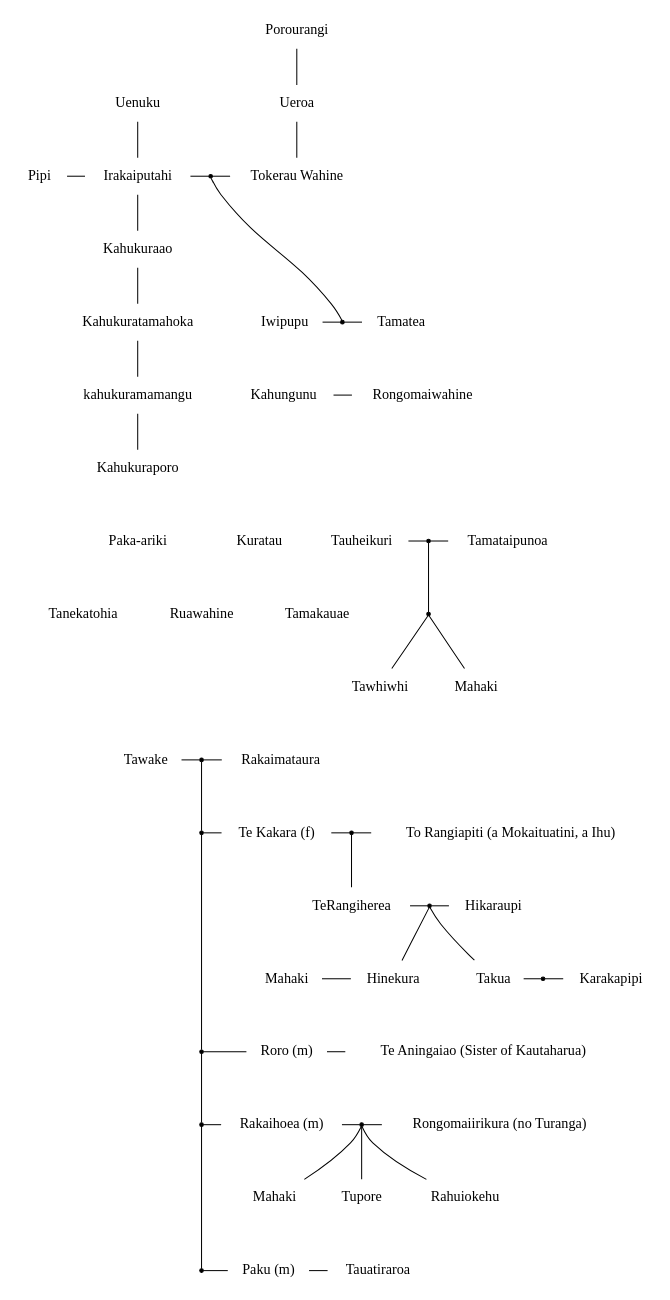
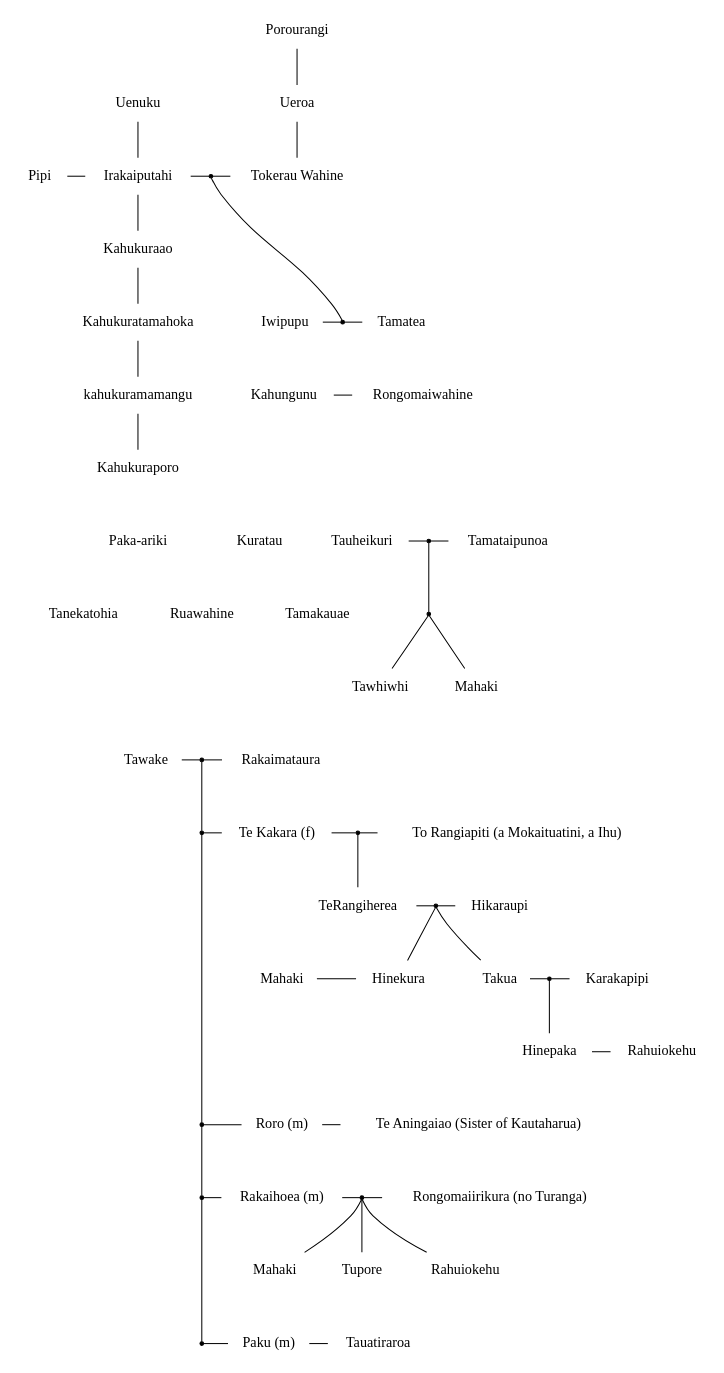
The diagram in Ina te whakapapa hei whakamarama - Diagram 1.dot (namelessmasses/whakapapa), drawn with Graphviz before and after one commit.

Commit message:
Ina te whakapapa hei whakamarama - add Hinepaka

```diff
--- a/Ina te whakapapa hei whakamarama - Diagram 1.dot
+++ b/Ina te whakapapa hei whakamarama - Diagram 1.dot
@@ -23,7 +23,7 @@
     Kahukuratamahoka -- kahukuramamangu;
     kahukuramamangu -- Kahukuraporo;
 
-    Pipi -- Irakaiputahi;
+    Pipi -- Irakaiputahi[];
 
     Iwipupu;
     Tamatea;
@@ -137,6 +137,13 @@
     Takua_Karakapipi [shape=point, label=""];
     Takua -- Takua_Karakapipi -- Karakapipi;
 
+    Hinepaka;
+    Takua_Karakapipi -- Hinepaka;
+    Rahuiokehu_0 [label="Rahuiokehu"];
+    Hinepaka -- Rahuiokehu_0;
+
+    { rank=same; Hinepaka, Rahuiokehu_0 };
+
     Mahaki_1 [label="Mahaki"];
     Mahaki_1 -- Hinekura;
     Hinekura -- Takua [style=invis];
@@ -158,7 +165,7 @@
 
     TeKakara -- Mahaki_1 [style=invis,minlen=2];
 
-    Mahaki_1 -- Roro [style=invis];
+    Mahaki_1 -- Roro [style=invis,minlen=2];
 
     Rakaihoea_row [shape=point, label=""];
     Roro_row -- Rakaihoea_row;
@@ -173,13 +180,13 @@
 
     Mahaki_2 [label="Mahaki"];
     Tupore;
-    Rahuiokehu;
+    Rahuiokehu_1 [label="Rahuiokehu"];
 
     Rakaihoea_Rongomaiirikura -- Mahaki_2;
     Rakaihoea_Rongomaiirikura -- Tupore;
-    Rakaihoea_Rongomaiirikura -- Rahuiokehu;
+    Rakaihoea_Rongomaiirikura -- Rahuiokehu_1;
 
-    { rank=same; Mahaki_2, Tupore, Rahuiokehu };
+    { rank=same; Mahaki_2, Tupore, Rahuiokehu_1 };
 
     Paku_row [shape=point, label=""];
 
```
